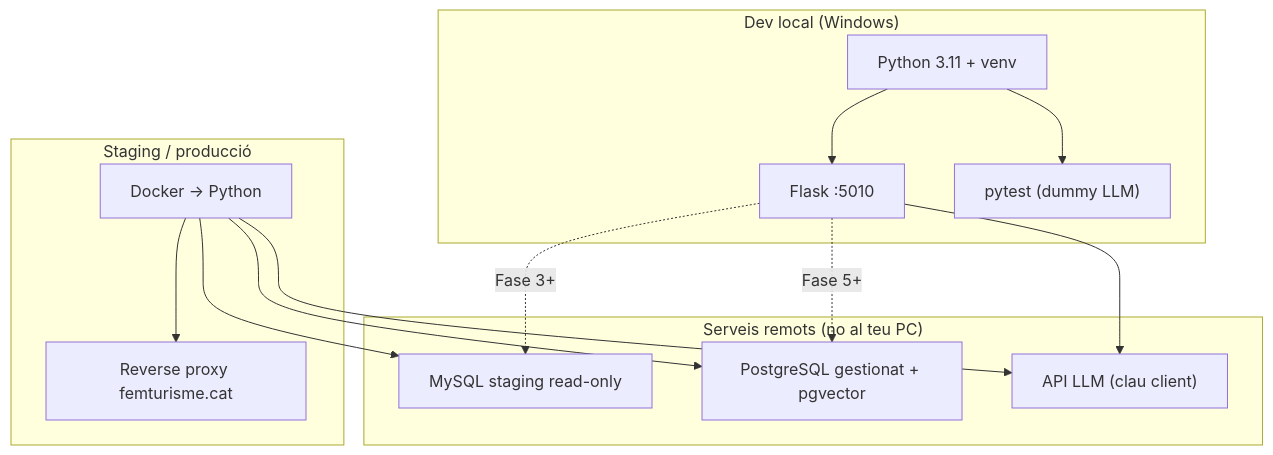
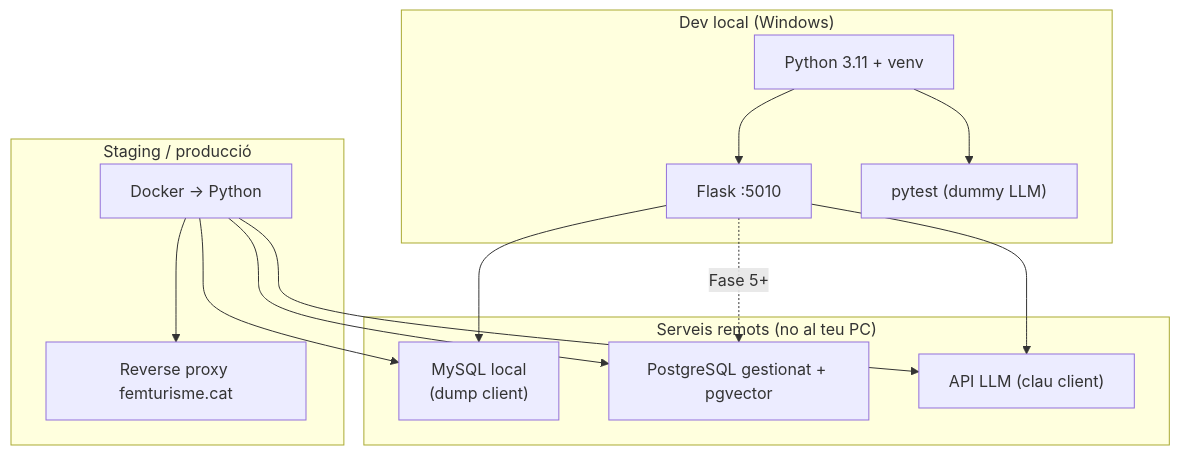
One commit to 3urega/femturisme changed the diagram in docs/devs/desenvolupament-local.md. Above: the diagram before and after it, drawn with Mermaid. The commit also changed other lines of this file and 10 other files, not shown here.

Commit message:
Update .gitignore to exclude MySQL dumps and enhance local development documentation in various files, including checklist-entrega.md and desenvolupament-local.md, to clarify MySQL setup and usage for local development.

````diff
--- a/docs/devs/desenvolupament-local.md
+++ b/docs/devs/desenvolupament-local.md
@@ -52,29 +52,29 @@
 ```mermaid
 flowchart TB
   subgraph dev ["Dev local (Windows)"]
     VENV["Python 3.11 + venv"]
     FLASK["Flask :5010"]
     PYTEST["pytest (dummy LLM)"]
     VENV --> FLASK
     VENV --> PYTEST
   end
 
   subgraph remote ["Serveis remots (no al teu PC)"]
-    MYSQL["MySQL staging read-only"]
+    MYSQL["MySQL local\n(dump client)"]
     PG["PostgreSQL gestionat + pgvector"]
     LLM["API LLM (clau client)"]
   end
 
   subgraph deploy ["Staging / producció"]
     DOCKER["Docker → Python"]
     PROXY["Reverse proxy femturisme.cat"]
     DOCKER --> PROXY
   end
 
-  FLASK -.->|"Fase 3+"| MYSQL
+  FLASK --> MYSQL
   FLASK -.->|"Fase 5+"| PG
   FLASK --> LLM
   DOCKER --> MYSQL
   DOCKER --> PG
   DOCKER --> LLM
 ```
````
